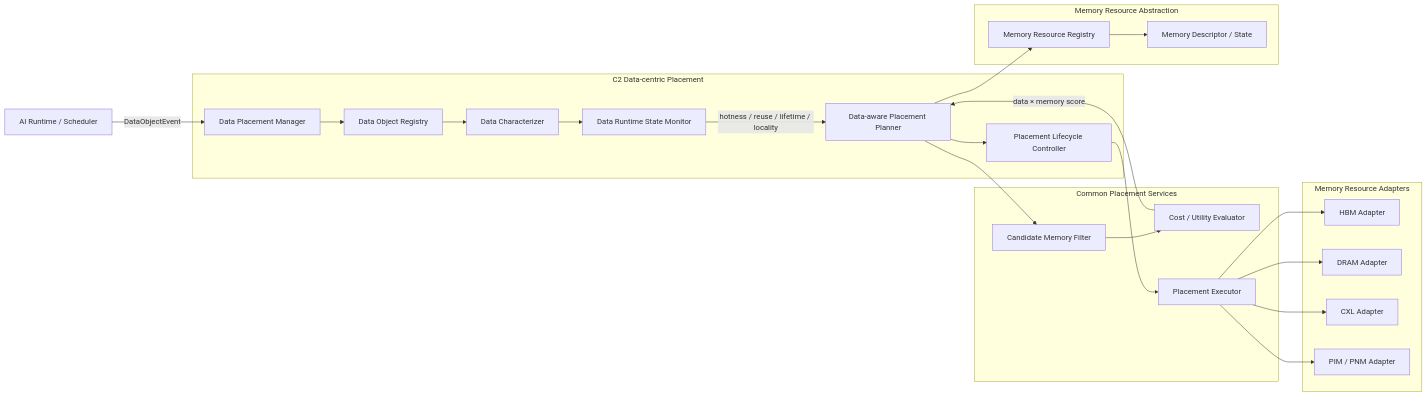
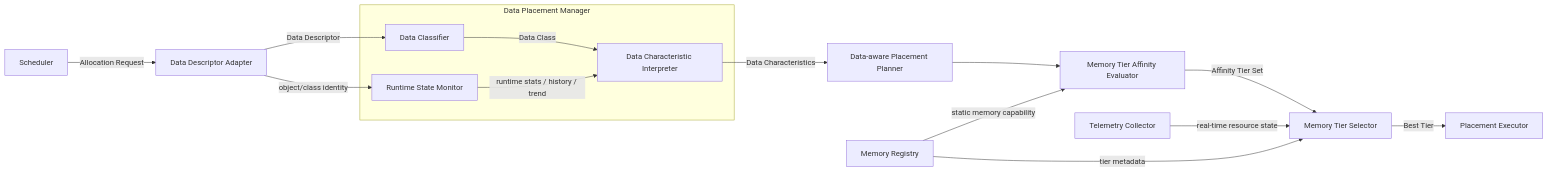
One commit to mkim0628/vllm changed the sixth of 11 diagrams in doc-architect/dp1-data-placement-uml-rendered.md. Above: the diagram before and after it, drawn with Mermaid. The commit also changed other lines of this file, not shown here.

Commit message:
Update DP1 UML for Resource State Monitor and data-centric classifier/runtime monitor flow

````diff
--- a/doc-architect/dp1-data-placement-uml-rendered.md
+++ b/doc-architect/dp1-data-placement-uml-rendered.md
@@ -334,48 +325,34 @@
 ```mermaid
 flowchart LR
-    RT[AI Runtime / Scheduler]
+    SCH[Scheduler]
+    DDA[Data Descriptor Adapter]
+    TC[Telemetry Collector]
+    MR[Memory Registry]
 
-    subgraph C2[C2 Data-centric Placement]
-        DPM[Data Placement Manager]
-        DR[Data Object Registry]
-        DC[Data Characterizer]
-        DSM[Data Runtime State Monitor]
-        DPP[Data-aware Placement Planner]
-        PLC[Placement Lifecycle Controller]
+    subgraph DPM[Data Placement Manager]
+        DC[Data Classifier]
+        RSM[Runtime State Monitor]
+        DCI[Data Characteristic Interpreter]
     end
 
-    subgraph COMMON[Common Placement Services]
-        CF[Candidate Memory Filter]
-        CE[Cost / Utility Evaluator]
-        EX[Placement Executor]
-    end
+    DPP[Data-aware Placement Planner]
+    MAE[Memory Tier Affinity Evaluator]
+    MTS[Memory Tier Selector]
+    EX[Placement Executor]
 
-    subgraph MA[Memory Resource Abstraction]
-        MR[Memory Resource Registry]
-        MD[Memory Descriptor / State]
-    end
+    SCH -->|Allocation Request| DDA
+    DDA -->|Data Descriptor| DC
+    DDA -->|object/class identity| RSM
 
-    subgraph ADAPT[Memory Resource Adapters]
-        HBM[HBM Adapter]
-        DRAM[DRAM Adapter]
-        CXL[CXL Adapter]
-        PIM[PIM / PNM Adapter]
-    end
+    DC -->|Data Class| DCI
+    RSM -->|runtime stats / history / trend| DCI
+    DCI -->|Data Characteristics| DPP
 
-    RT -->|DataObjectEvent| DPM
-    DPM --> DR
-    DR --> DC
-    DC --> DSM
-    DSM -->|hotness / reuse / lifetime / locality| DPP
-    DPP --> MR
-    MR --> MD
-    DPP --> CF
-    CF --> CE
-    CE -->|data × memory score| DPP
-    DPP --> PLC
-    PLC --> EX
-    EX --> HBM
-    EX --> DRAM
-    EX --> CXL
-    EX --> PIM
+    DPP --> MAE
+    MR -->|static memory capability| MAE
+    MAE -->|Affinity Tier Set| MTS
+    TC -->|real-time resource state| MTS
+    MR -->|tier metadata| MTS
+
+    MTS -->|Best Tier| EX
 ```
````
